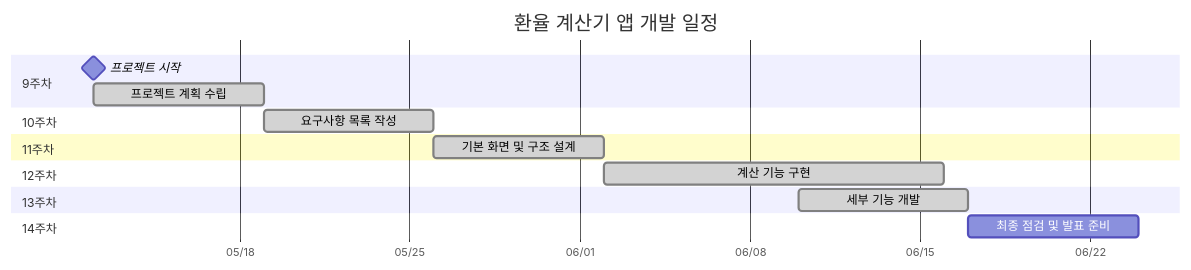
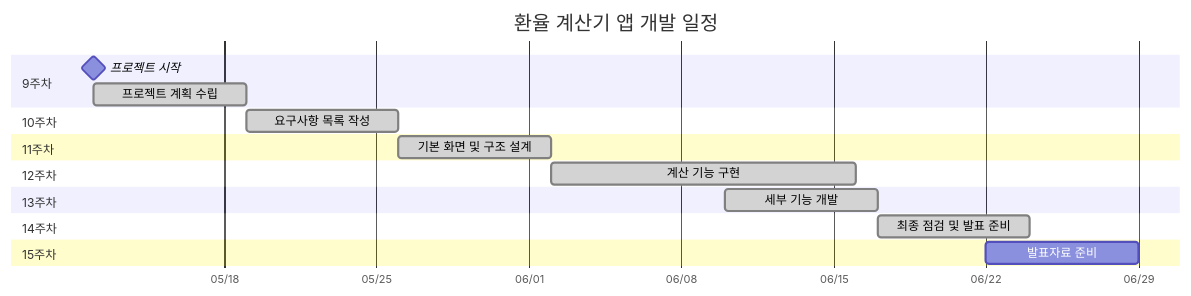
The diagram in 앱 만들어보기/프로젝트 계획서 3.0.md (Park-M-S/Android-learn), drawn with Mermaid before and after one commit.

Commit message:
Update 프로젝트 계획서 3.0.md

````diff
--- a/앱 만들어보기/프로젝트 계획서 3.0.md
+++ b/앱 만들어보기/프로젝트 계획서 3.0.md
@@ -110,24 +110,27 @@
 ```mermaid
 gantt
     title 환율 계산기 앱 개발 일정
     dateFormat  YYYY-MM-DD
     axisFormat  %m/%d
     section 9주차
     프로젝트 시작            :milestone, 2025-05-12, 0d
     프로젝트 계획 수립    :done, 2025-05-12, 7d
     
     section 10주차
     요구사항 목록 작성        :done, 2025-05-19, 7d
     
     section 11주차
     기본 화면 및 구조 설계    :done, 2025-05-26, 7d
     
     section 12주차
     계산 기능 구현       :done, 2025-06-02, 14d
     
     section 13주차
     세부 기능 개발       :done, 2025-06-10, 7d
     
     section 14주차
-    최종 점검 및 발표 준비    :final, after detail, 7d
+    최종 점검 및 발표 준비    :done, 2025-06-17, 7d
+
+    section 15주차
+    발표자료 준비        :final, after final_test, 7d 
 ```
````
